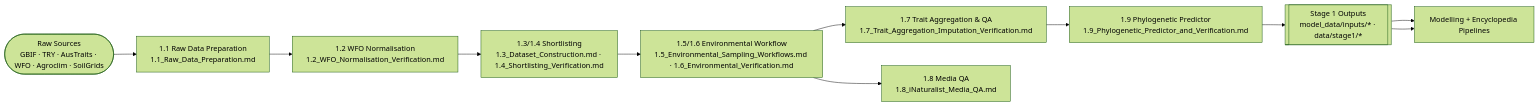
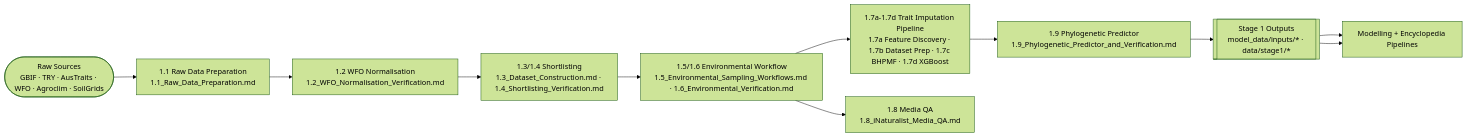
The diagram in results/summaries/hybrid_axes/phylotraits/Stage_1/1.0_Data_Pipeline_Index.md (jaredquekjz/plantguide), drawn with Mermaid (forest theme) before and after one commit. The commit also changed other lines of this file and 74 other files, not shown here.

First line of the commit message:
Complete XGBoost production imputation with verification

````diff
--- a/results/summaries/hybrid_axes/phylotraits/Stage_1/1.0_Data_Pipeline_Index.md
+++ b/results/summaries/hybrid_axes/phylotraits/Stage_1/1.0_Data_Pipeline_Index.md
@@ -12,13 +12,13 @@
 ```mermaid
 flowchart LR
     raw_sources([Raw Sources\nGBIF · TRY · AusTraits · WFO · Agroclim · SoilGrids]) --> raw_prep
     raw_prep[1.1 Raw Data Preparation\n1.1_Raw_Data_Preparation.md] --> wfo_norm
     wfo_norm[1.2 WFO Normalisation\n1.2_WFO_Normalisation_Verification.md] --> shortlist
     shortlist[1.3/1.4 Shortlisting\n1.3_Dataset_Construction.md · 1.4_Shortlisting_Verification.md] --> env_sampling
     env_sampling[1.5/1.6 Environmental Workflow\n1.5_Environmental_Sampling_Workflows.md · 1.6_Environmental_Verification.md] --> trait_prep
-    trait_prep[1.7 Trait Aggregation & QA\n1.7_Trait_Aggregation_Imputation_Verification.md] --> phylo
+    trait_prep[1.7a-1.7d Trait Imputation Pipeline\n1.7a Feature Discovery · 1.7b Dataset Prep · 1.7c BHPMF · 1.7d XGBoost] --> phylo
     phylo[1.9 Phylogenetic Predictor\n1.9_Phylogenetic_Predictor_and_Verification.md] --> outputs
     outputs[[Stage 1 Outputs\nmodel_data/inputs/* · data/stage1/*]] --> encyclo
     env_sampling --> photos[1.8 Media QA\n1.8_iNaturalist_Media_QA.md]
     outputs --> encyclo[Modelling + Encyclopedia Pipelines]
 ```
````
